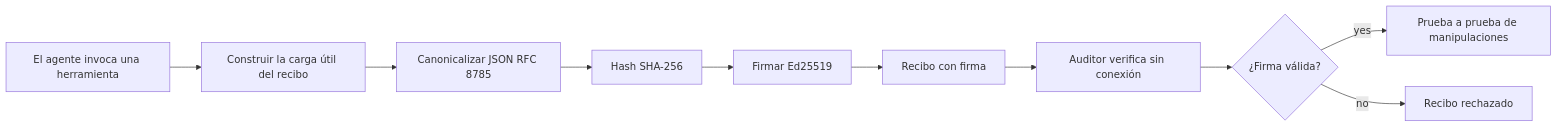
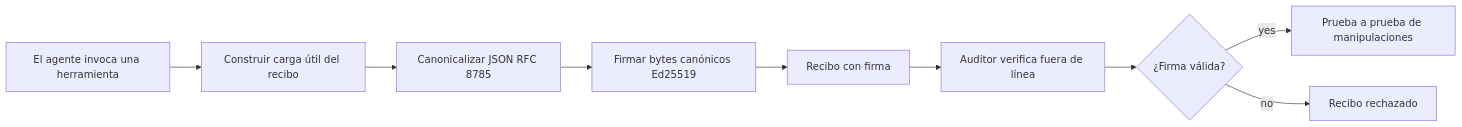
Before and after one commit to gabrielmoreira/agent-skills-mirror: the first of 2 diagrams in mirrors/repos/microsoft@ai-agents-for-beginners/translations/es/18-securing-ai-agents/README.md, drawn with Mermaid. The commit also changed other lines of this file and 4262 other files, not shown here.

````diff
--- a/mirrors/repos/microsoft@ai-agents-for-beginners/translations/es/18-securing-ai-agents/README.md
+++ b/mirrors/repos/microsoft@ai-agents-for-beginners/translations/es/18-securing-ai-agents/README.md
@@ -51,12 +51,11 @@
 ```mermaid
 flowchart LR
-    A[El agente invoca una herramienta] --> B[Construir la carga útil del recibo]
+    A[El agente invoca una herramienta] --> B[Construir carga útil del recibo]
     B --> C[Canonicalizar JSON RFC 8785]
-    C --> D[Hash SHA-256]
-    D --> E[Firmar Ed25519]
+    C --> E[Firmar bytes canónicos Ed25519]
     E --> F[Recibo con firma]
-    F --> G[Auditor verifica sin conexión]
+    F --> G[Auditor verifica fuera de línea]
     G --> H{¿Firma válida?}
     H -- yes --> I[Prueba a prueba de manipulaciones]
     H -- no --> J[Recibo rechazado]
 ```
````
